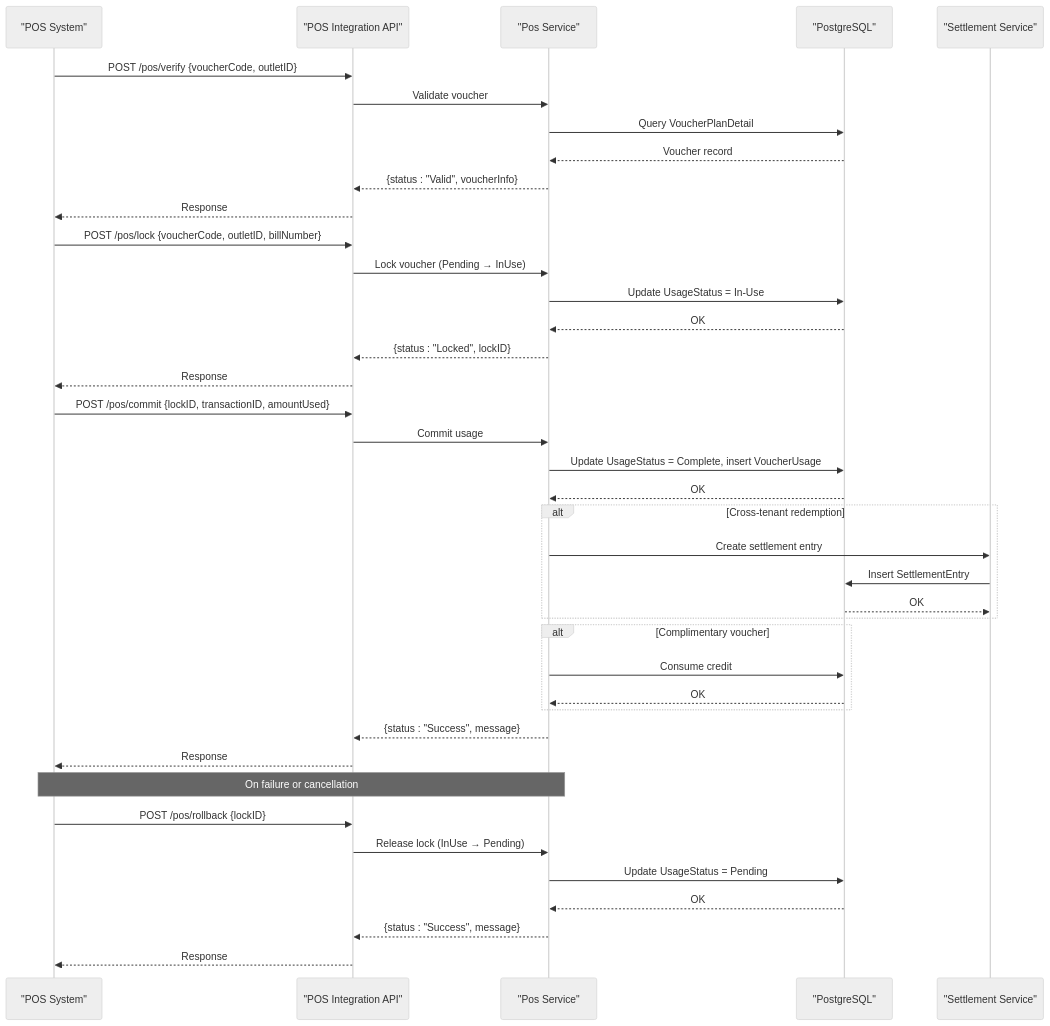
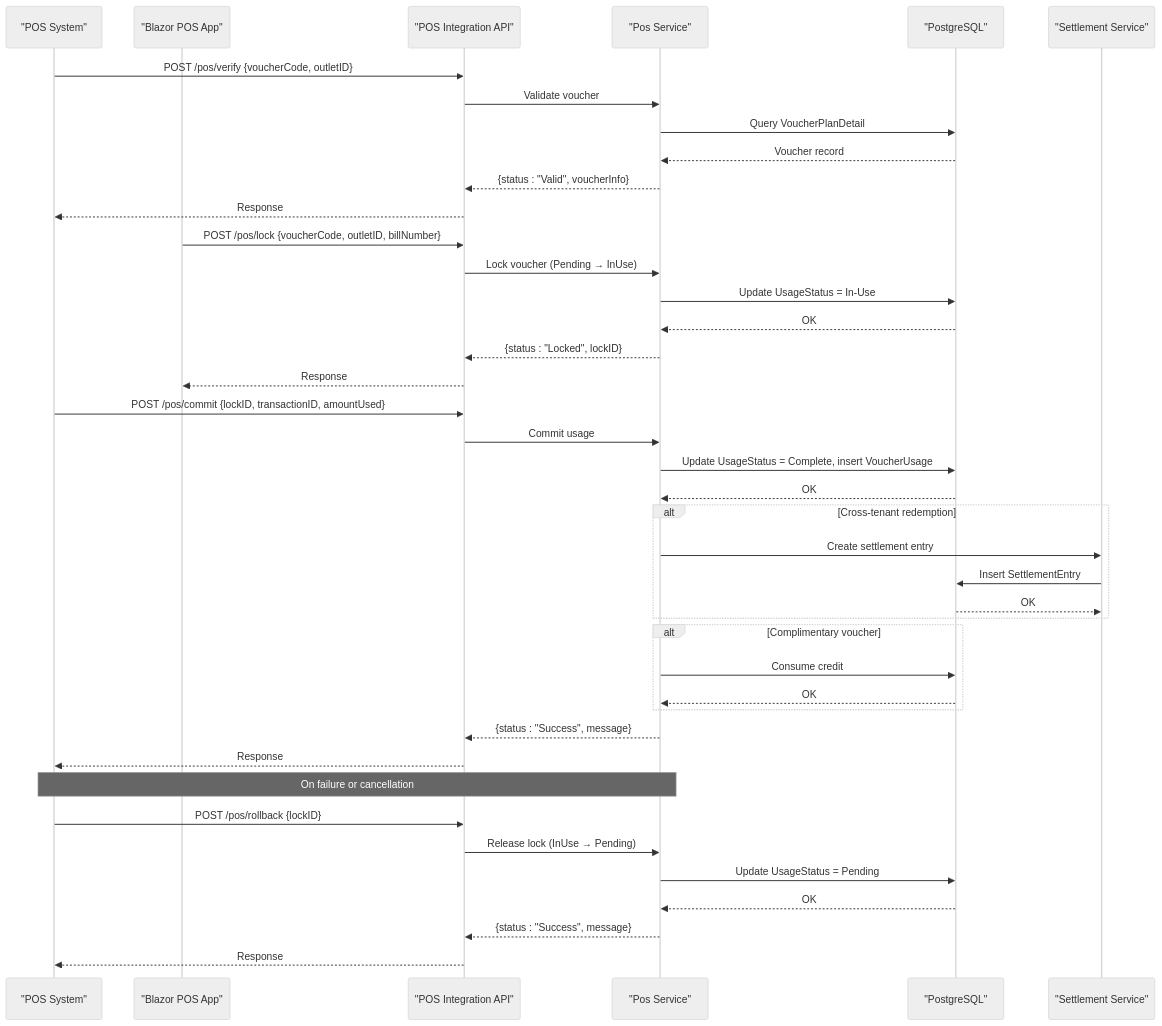
The third of 7 diagrams in .qoder/repowiki/en/content/API Contracts and Integration/POS Integration API/POS Integration API.md (lamhongbac/NonCash), drawn with Mermaid (neutral theme) before and after one commit. The commit also changed other lines of this file and 133 other files, not shown here.

````diff
--- a/.qoder/repowiki/en/content/API Contracts and Integration/POS Integration API/POS Integration API.md
+++ b/.qoder/repowiki/en/content/API Contracts and Integration/POS Integration API/POS Integration API.md
@@ -308,42 +336,43 @@
 ```mermaid
 sequenceDiagram
 participant POS as "POS System"
+participant BLAZOR as "Blazor POS App"
 participant API as "POS Integration API"
 participant SVC as "Pos Service"
 participant DB as "PostgreSQL"
 participant SETT as "Settlement Service"
 POS->>API : POST /pos/verify {voucherCode, outletID}
 API->>SVC : Validate voucher
 SVC->>DB : Query VoucherPlanDetail
 DB-->>SVC : Voucher record
 SVC-->>API : {status : "Valid", voucherInfo}
 API-->>POS : Response
-POS->>API : POST /pos/lock {voucherCode, outletID, billNumber}
+BLAZOR->>API : POST /pos/lock {voucherCode, outletID, billNumber}
 API->>SVC : Lock voucher (Pending → InUse)
 SVC->>DB : Update UsageStatus = In-Use
 DB-->>SVC : OK
 SVC-->>API : {status : "Locked", lockID}
-API-->>POS : Response
+API-->>BLAZOR : Response
 POS->>API : POST /pos/commit {lockID, transactionID, amountUsed}
 API->>SVC : Commit usage
 SVC->>DB : Update UsageStatus = Complete, insert VoucherUsage
 DB-->>SVC : OK
 alt Cross-tenant redemption
 SVC->>SETT : Create settlement entry
 SETT->>DB : Insert SettlementEntry
 DB-->>SETT : OK
 end
 alt Complimentary voucher
 SVC->>DB : Consume credit
 DB-->>SVC : OK
 end
 SVC-->>API : {status : "Success", message}
 API-->>POS : Response
 Note over POS,SVC : On failure or cancellation
 POS->>API : POST /pos/rollback {lockID}
 API->>SVC : Release lock (InUse → Pending)
 SVC->>DB : Update UsageStatus = Pending
 DB-->>SVC : OK
 SVC-->>API : {status : "Success", message}
 API-->>POS : Response
 ```
````
